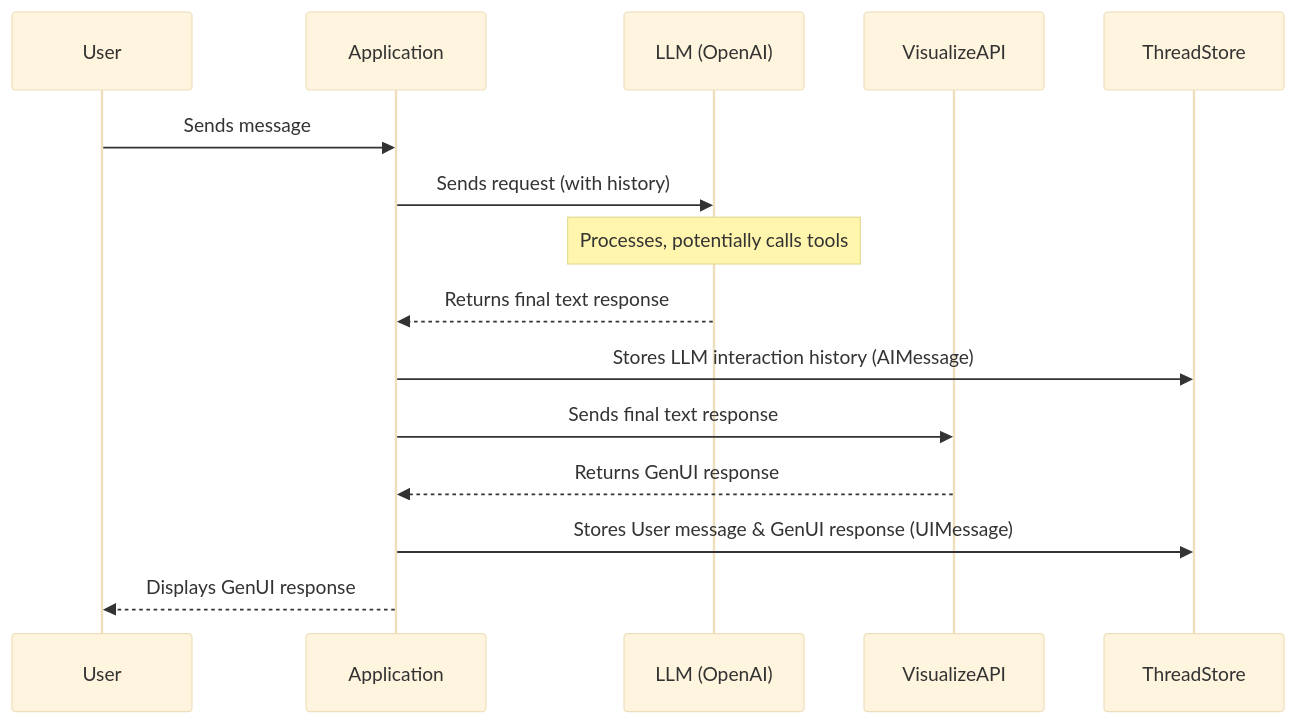
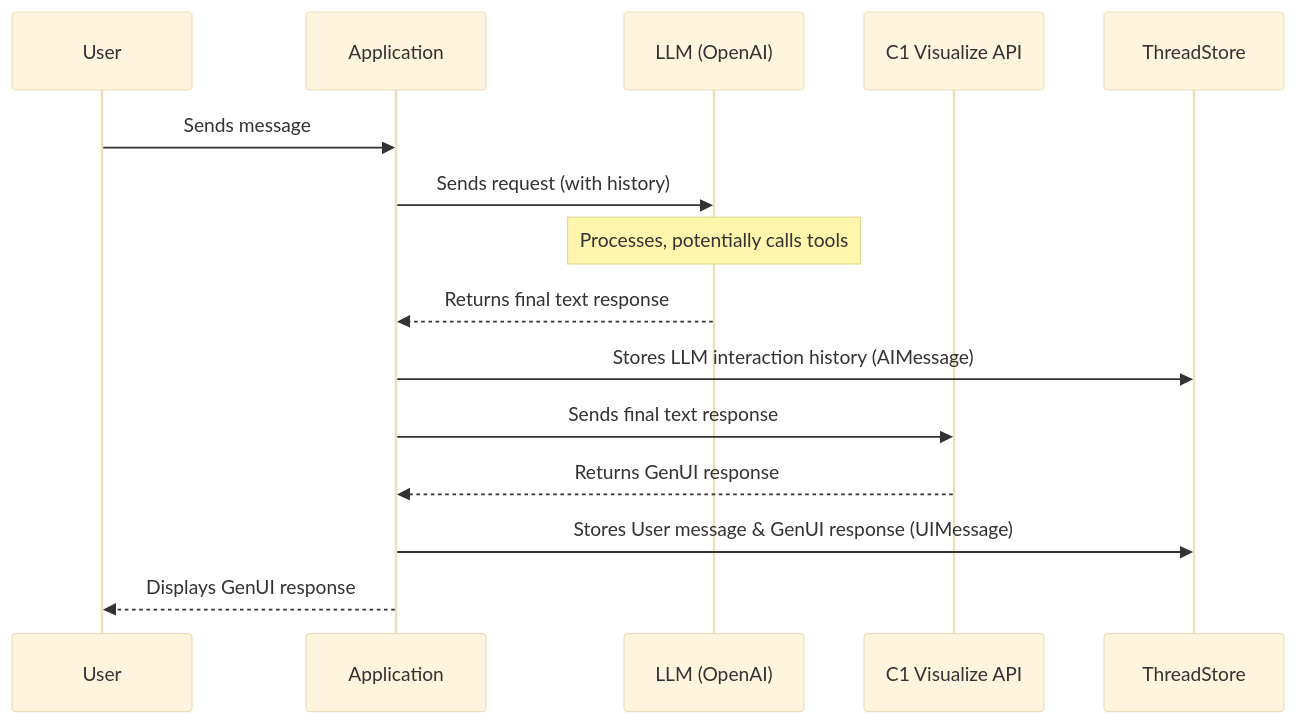
The diagram in c1-vizualise-ecommerce-agent/README.md (thesysdev/examples), drawn with Mermaid (base theme) before and after one commit. The commit also changed other lines of this file, not shown here.

````diff
--- a/c1-vizualise-ecommerce-agent/README.md
+++ b/c1-vizualise-ecommerce-agent/README.md
@@ -14,18 +14,18 @@
 ```mermaid
 sequenceDiagram
     participant User
     participant Application
     participant LLM (OpenAI)
-    participant VisualizeAPI
+    participant C1 Visualize API
     participant ThreadStore
 
     User->>Application: Sends message
     Application->>LLM (OpenAI): Sends request (with history)
     Note over LLM (OpenAI): Processes, potentially calls tools
     LLM (OpenAI)-->>Application: Returns final text response
     Application->>ThreadStore: Stores LLM interaction history (AIMessage)
-    Application->>VisualizeAPI: Sends final text response
-    VisualizeAPI-->>Application: Returns GenUI response
+    Application->>C1 Visualize API: Sends final text response
+    C1 Visualize API-->>Application: Returns GenUI response
     Application->>ThreadStore: Stores User message & GenUI response (UIMessage)
     Application-->>User: Displays GenUI response
 ```
````
